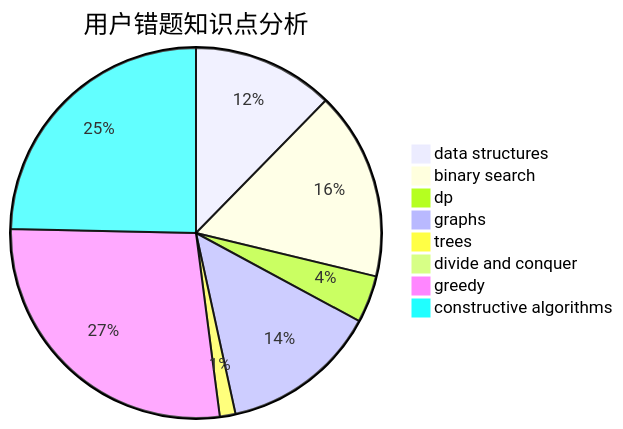
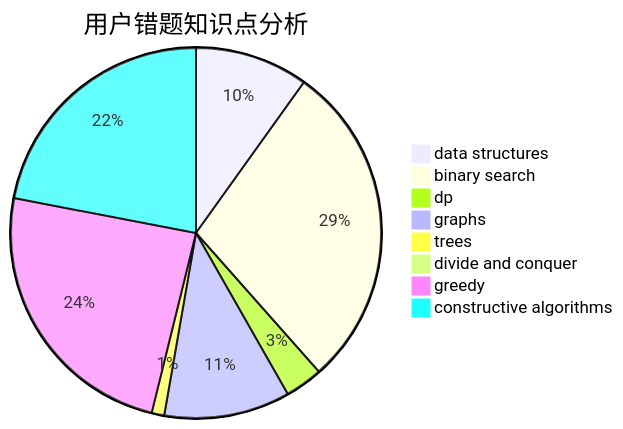
One commit to sherpahu/cfrs.github.io changed the third of 3 diagrams in docs/user/u788.md. Above: the diagram before and after it, drawn with Mermaid. The commit also changed other lines of this file and 2770 other files, not shown here.

````diff
--- a/docs/user/u788.md
+++ b/docs/user/u788.md
@@ -36,11 +36,11 @@
 ```mermaid
 pie title 用户错题知识点分析
     "data structures" :  9
-    "binary search" :  12
+    "binary search" :  26
     "dp" :  3
     "graphs" :  10
     "trees" :  1
     "divide and conquer" :  0
-    "greedy" :  20
-    "constructive algorithms" :  18
+    "greedy" :  22
+    "constructive algorithms" :  20
 ```
````
